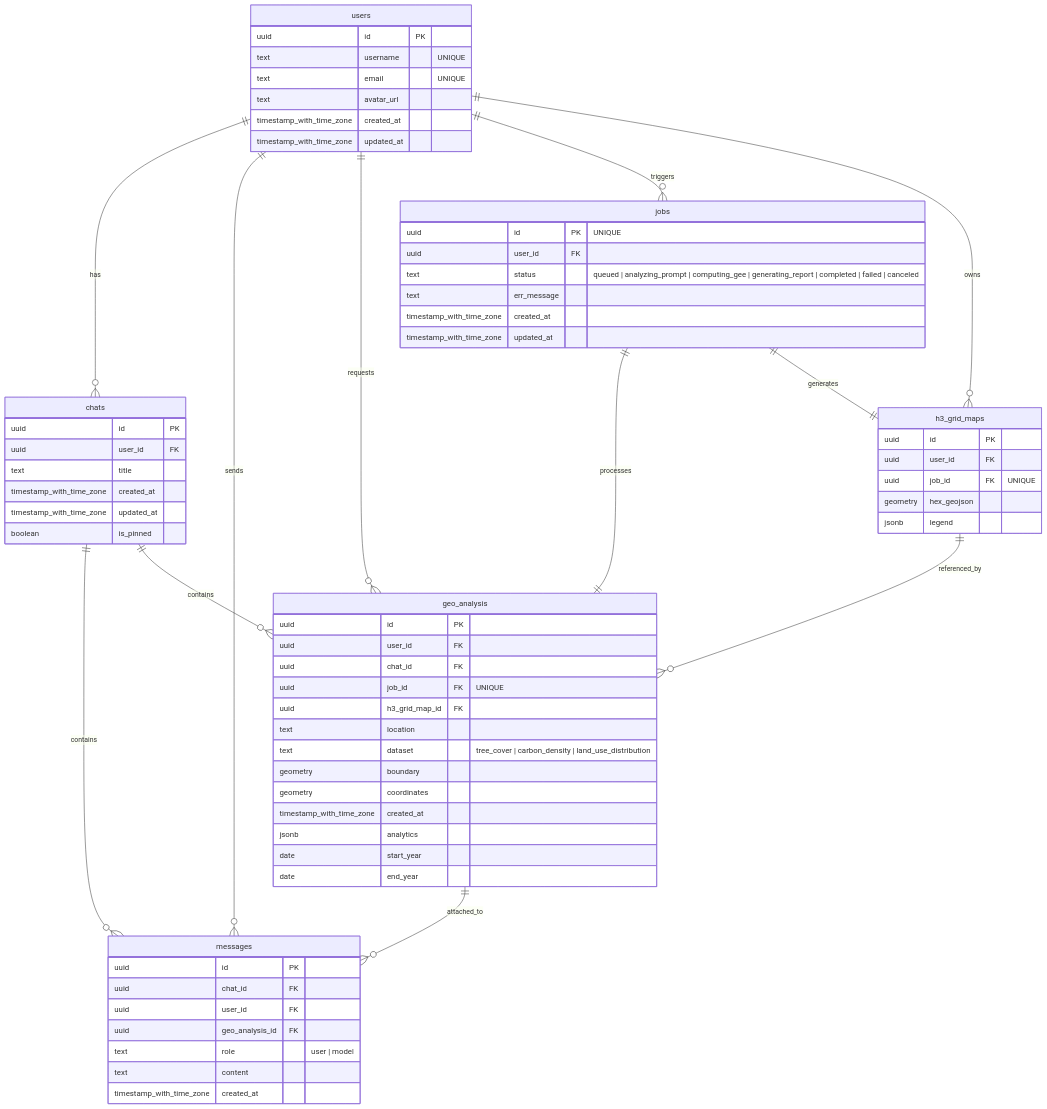
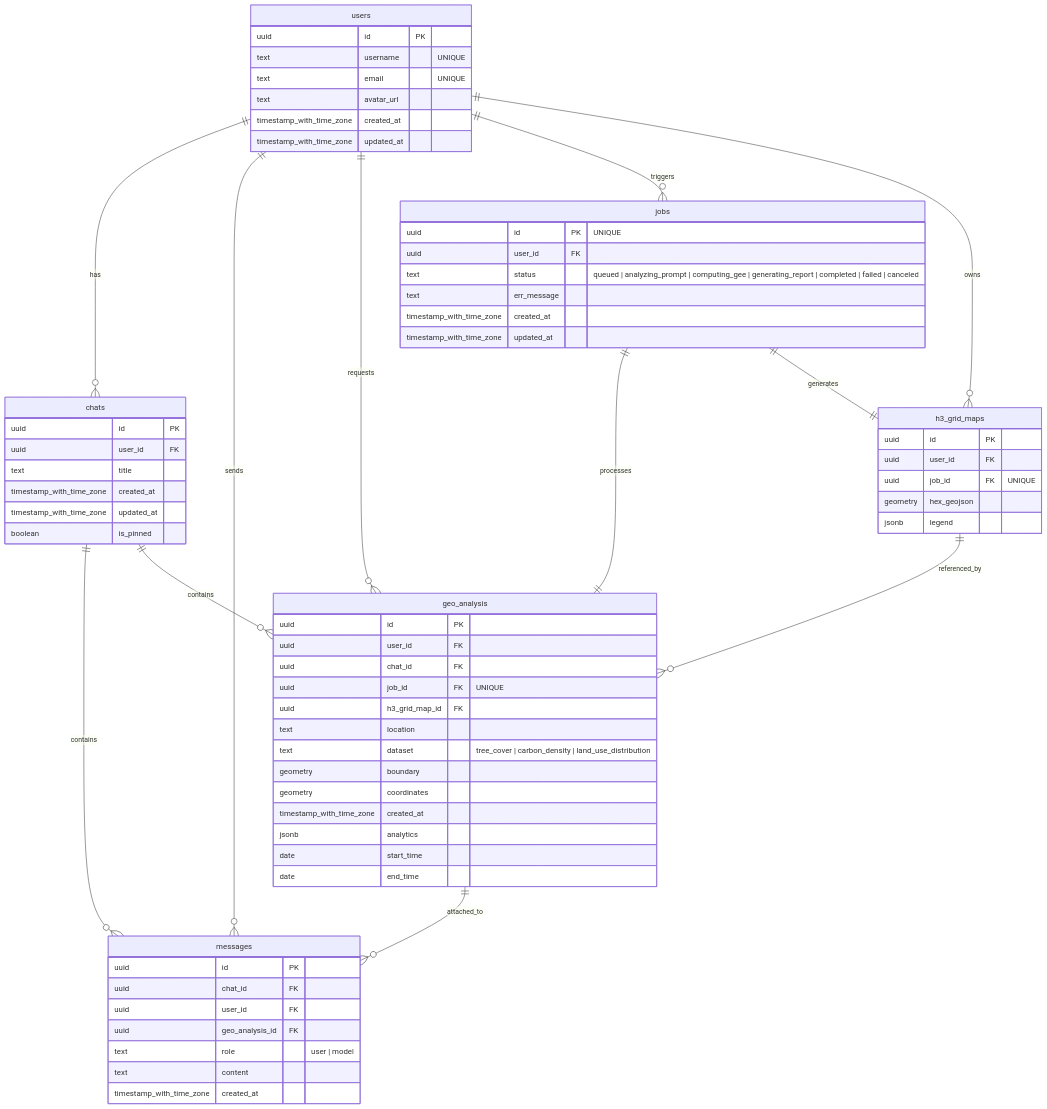
Before and after one commit to Harilala42/Canopiq: the diagram in README.md, drawn with Mermaid. The commit also changed 17 other files, not shown here.

````diff
--- a/README.md
+++ b/README.md
@@ -42,78 +42,78 @@
 ```mermaid
 erDiagram
 	users {
 		uuid id PK
 		text username "UNIQUE"
 		text email "UNIQUE"
 		text avatar_url
 		timestamp_with_time_zone created_at
 		timestamp_with_time_zone updated_at
 	}
 
 	chats {
 		uuid id PK
 		uuid user_id FK
 		text title
 		timestamp_with_time_zone created_at
 		timestamp_with_time_zone updated_at
 		boolean is_pinned
 	}
 
 	messages {
 		uuid id PK
 		uuid chat_id FK
 		uuid user_id FK
 		uuid geo_analysis_id FK
 		text role "user | model"
 		text content
 		timestamp_with_time_zone created_at
 	}
 
 	geo_analysis {
 		uuid id PK
 		uuid user_id FK
 		uuid chat_id FK
 		uuid job_id FK "UNIQUE"
 		uuid h3_grid_map_id FK
 		text location
 		text dataset "tree_cover | carbon_density | land_use_distribution"
 		geometry boundary
 		geometry coordinates
 		timestamp_with_time_zone created_at
 		jsonb analytics
-		date start_year
-		date end_year
+		date start_time
+		date end_time
 	}
 
 	jobs {
 		uuid id PK "UNIQUE"
 		uuid user_id FK
 		text status "queued | analyzing_prompt | computing_gee | generating_report | completed | failed | canceled"
 		text err_message
 		timestamp_with_time_zone created_at
 		timestamp_with_time_zone updated_at
 	}
 
 	h3_grid_maps {
 		uuid id PK
 		uuid user_id FK
 		uuid job_id FK "UNIQUE"
 		geometry hex_geojson
 		jsonb legend
 	}
 
 	users ||--o{ chats : "has"
 	users ||--o{ messages : "sends"
 	users ||--o{ geo_analysis : "requests"
 	users ||--o{ jobs : "triggers"
 	users ||--o{ h3_grid_maps : "owns"
 
 	chats ||--o{ messages : "contains"
 	chats ||--o{ geo_analysis : "contains"
 
 	jobs ||--|| geo_analysis : "processes"
 	jobs ||--|| h3_grid_maps : "generates"
 
 	h3_grid_maps ||--o{ geo_analysis : "referenced_by"
 	geo_analysis ||--o{ messages : "attached_to"
 ```
````
